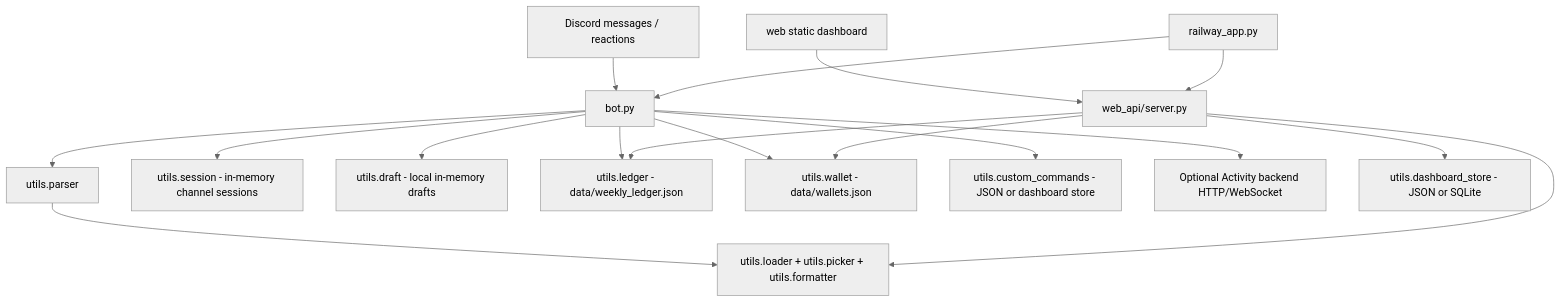
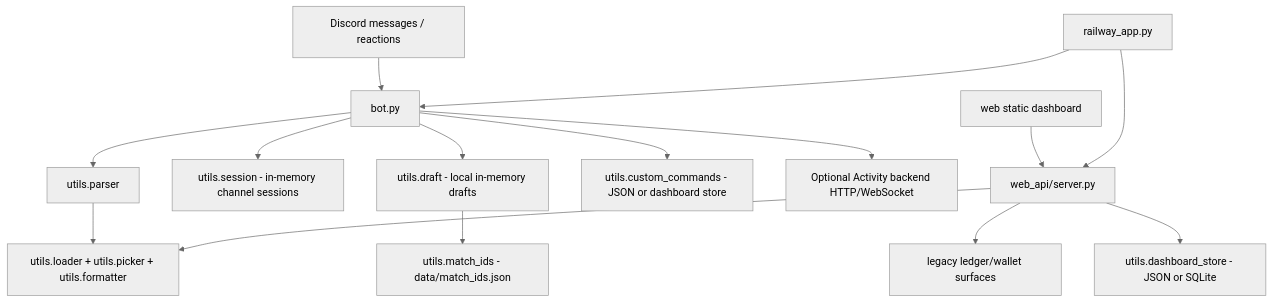
The diagram in README.md (diese-tech/lab-godforge), drawn with Mermaid (neutral theme) before and after one commit. The commit also changed other lines of this file and 8 other files, not shown here.

````diff
--- a/README.md
+++ b/README.md
@@ -78,19 +75,17 @@
 ```mermaid
 flowchart TD
     Discord["Discord messages / reactions"] --> Bot["bot.py"]
     Bot --> Parser["utils.parser"]
     Parser --> Randomizer["utils.loader + utils.picker + utils.formatter"]
     Bot --> Sessions["utils.session - in-memory channel sessions"]
     Bot --> Drafts["utils.draft - local in-memory drafts"]
-    Bot --> Ledger["utils.ledger - data/weekly_ledger.json"]
-    Bot --> Wallets["utils.wallet - data/wallets.json"]
+    Drafts --> MatchIds["utils.match_ids - data/match_ids.json"]
     Bot --> Custom["utils.custom_commands - JSON or dashboard store"]
     Bot --> Activity["Optional Activity backend HTTP/WebSocket"]
     Web["web static dashboard"] --> API["web_api/server.py"]
     API --> Randomizer
-    API --> Ledger
-    API --> Wallets
+    API --> Legacy["legacy ledger/wallet surfaces"]
     API --> DashboardStore["utils.dashboard_store - JSON or SQLite"]
     Railway["railway_app.py"] --> Bot
     Railway --> API
 ```
````
